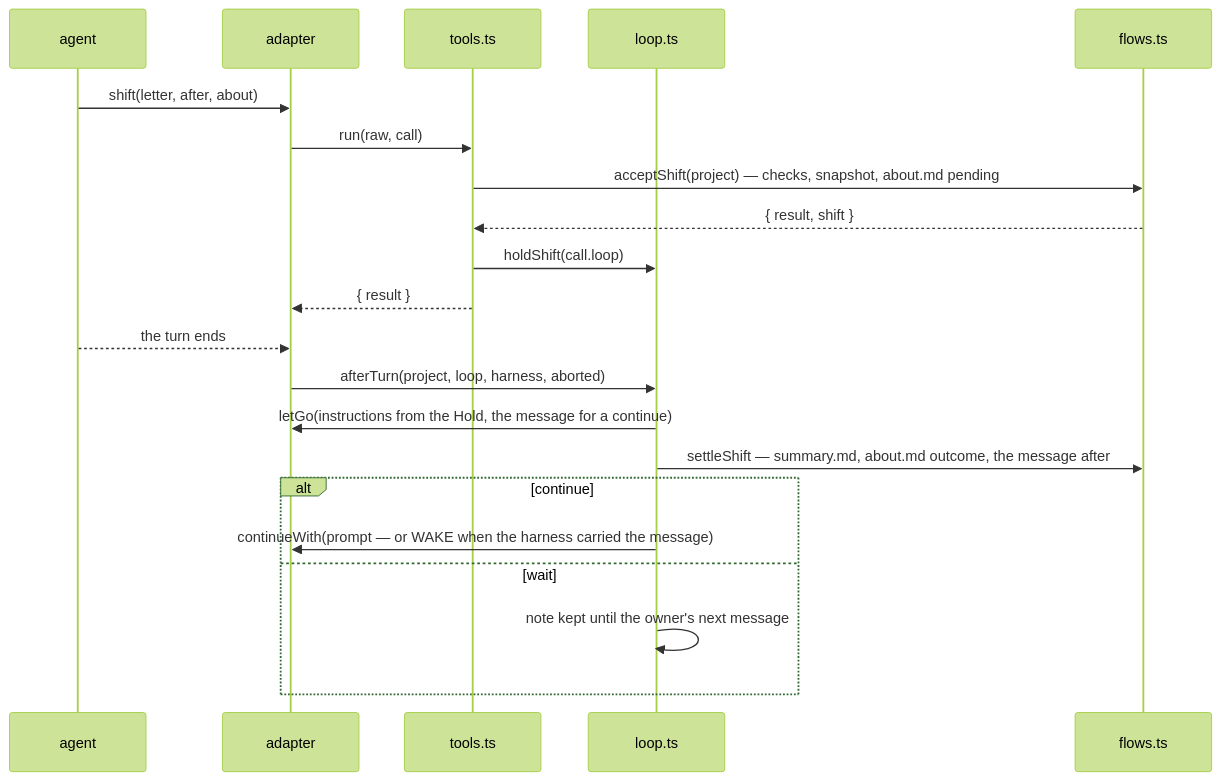
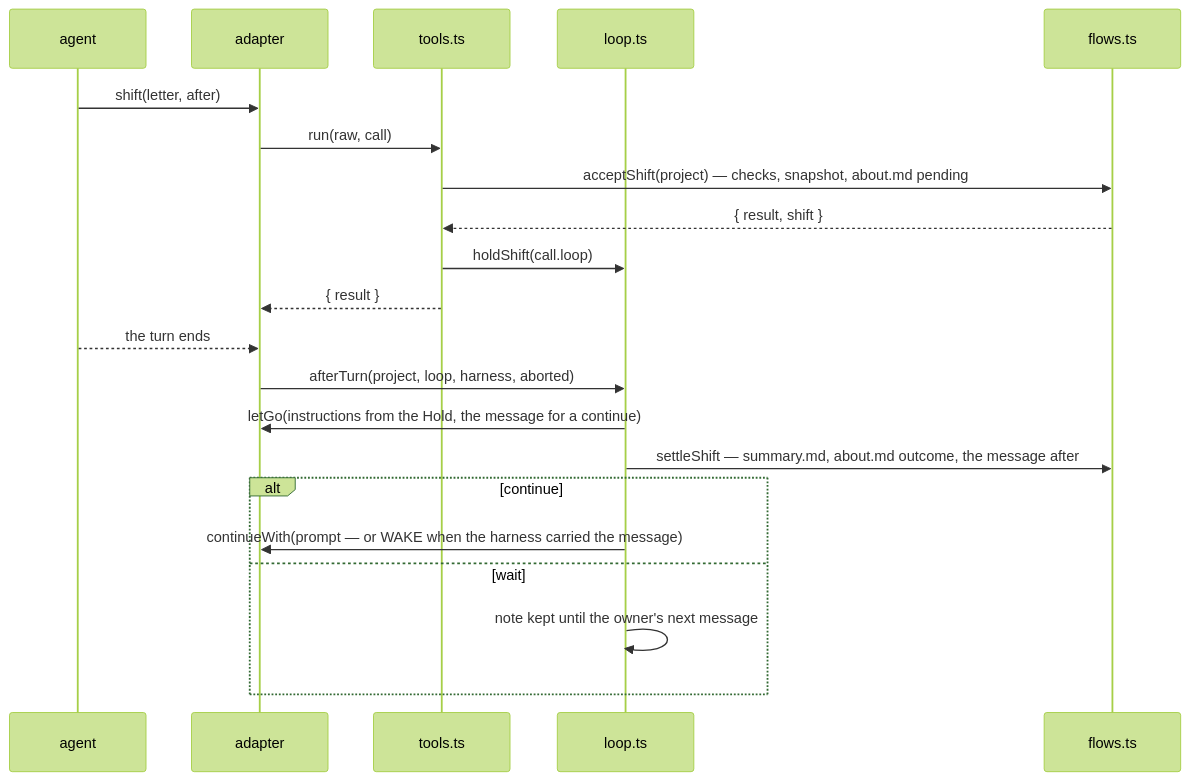
The diagram in docs/architecture.md (iiiokojiadbi/shift), drawn with Mermaid (forest theme) before and after one commit. The commit also changed 38 other files, not shown here.

Commit message:
Use the letter opening for recent shift history

````diff
--- a/docs/architecture.md
+++ b/docs/architecture.md
@@ -57,23 +57,23 @@
 ```mermaid
 sequenceDiagram
   participant A as agent
   participant H as adapter
   participant T as tools.ts
   participant L as loop.ts
   participant F as flows.ts
-  A->>H: shift(letter, after, about)
+  A->>H: shift(letter, after)
   H->>T: run(raw, call)
   T->>F: acceptShift(project) — checks, snapshot, about.md pending
   F-->>T: { result, shift }
   T->>L: holdShift(call.loop)
   T-->>H: { result }
   A-->>H: the turn ends
   H->>L: afterTurn(project, loop, harness, aborted)
   L->>H: letGo(instructions from the Hold, the message for a continue)
   L->>F: settleShift — summary.md, about.md outcome, the message after
   alt continue
     L->>H: continueWith(prompt — or WAKE when the harness carried the message)
   else wait
     L->>L: note kept until the owner's next message
   end
 ```
````
